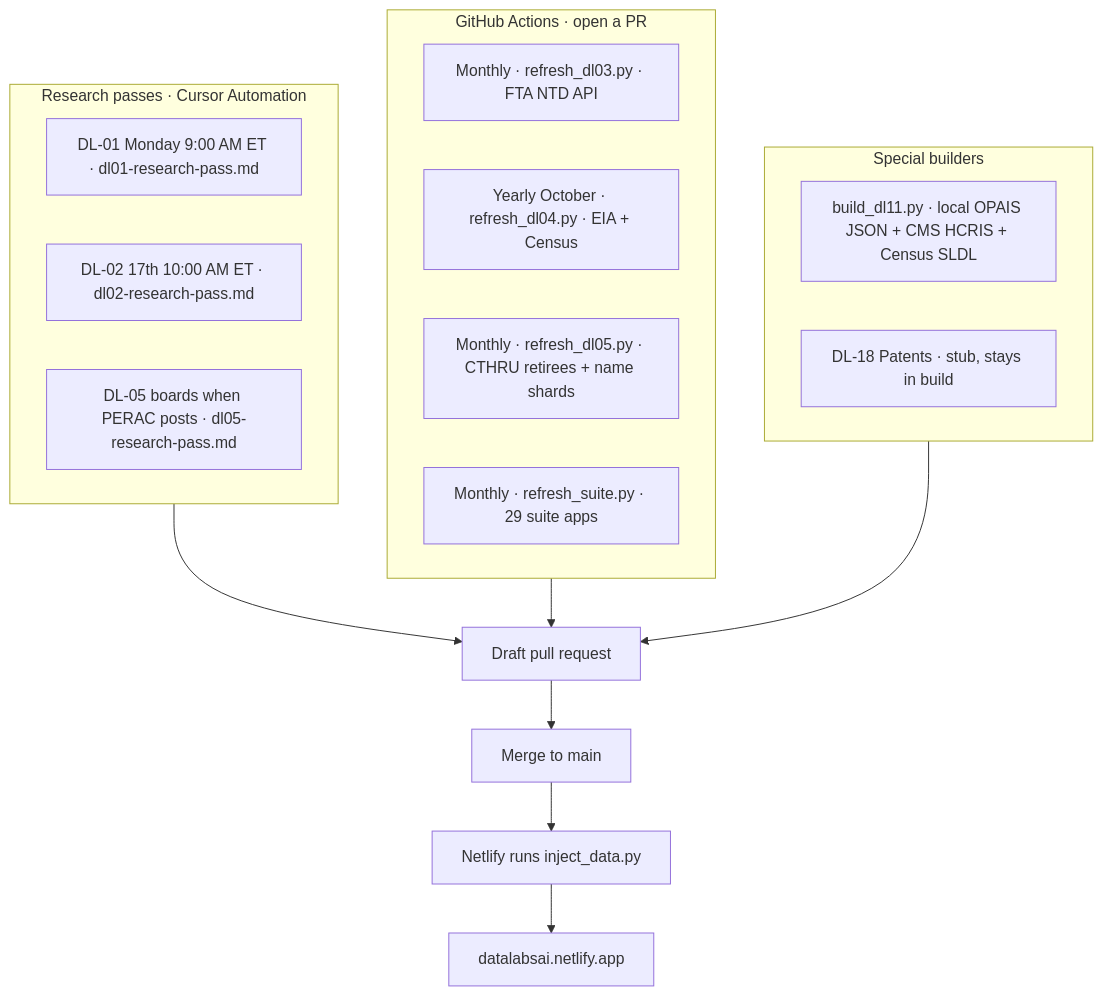
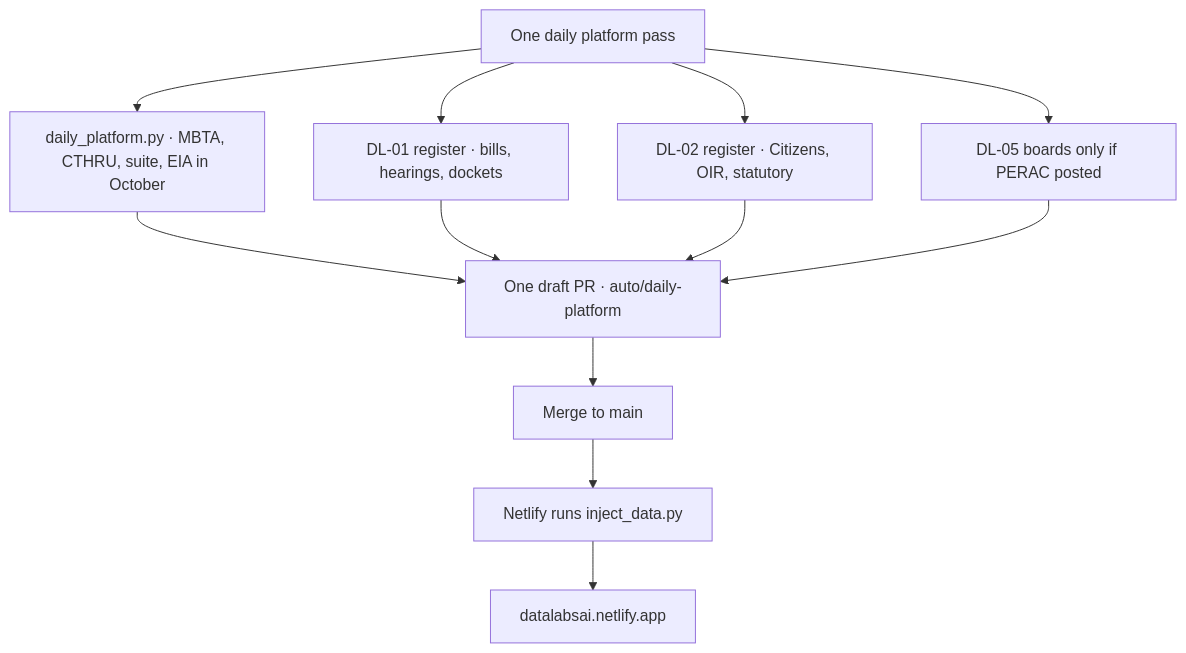
The sixth of 8 diagrams in ARCHITECTURE.md (jcalabr3ez/datalabs-prototype), drawn with Mermaid before and after one commit. The commit also changed other lines of this file and 15 other files, not shown here.

First line of the commit message:
Rebuild one daily platform job for files, atlas, and Florida.

````diff
--- a/ARCHITECTURE.md
+++ b/ARCHITECTURE.md
@@ -199,24 +199,15 @@
 ```mermaid
 flowchart TB
-  subgraph human [Research passes · Cursor Automation]
-    R01["DL-01 Monday 9:00 AM ET · dl01-research-pass.md"]
-    R02["DL-02 17th 10:00 AM ET · dl02-research-pass.md"]
-    R05b["DL-05 boards when PERAC posts · dl05-research-pass.md"]
-  end
-  subgraph actions [GitHub Actions · open a PR]
-    A03["Monthly · refresh_dl03.py · FTA NTD API"]
-    A04["Yearly October · refresh_dl04.py · EIA + Census"]
-    A05["Monthly · refresh_dl05.py · CTHRU retirees + name shards"]
-    A06["Monthly · refresh_suite.py · 29 suite apps"]
-  end
-  subgraph special [Special builders]
-    B11["build_dl11.py · local OPAIS JSON + CMS HCRIS + Census SLDL"]
-    B18["DL-18 Patents · stub, stays in build"]
-  end
-  human --> PR[Draft pull request]
-  actions --> PR
-  special --> PR
+  Daily["One daily platform pass"]
+  Daily --> Files["daily_platform.py · MBTA, CTHRU, suite, EIA in October"]
+  Daily --> Atlas["DL-01 register · bills, hearings, dockets"]
+  Daily --> Florida["DL-02 register · Citizens, OIR, statutory"]
+  Daily --> Boards["DL-05 boards only if PERAC posted"]
+  Files --> PR[One draft PR · auto/daily-platform]
+  Atlas --> PR
+  Florida --> PR
+  Boards --> PR
   PR --> Main[Merge to main]
   Main --> Netlify[Netlify runs inject_data.py]
   Netlify --> Live[datalabsai.netlify.app]
 ```
````
